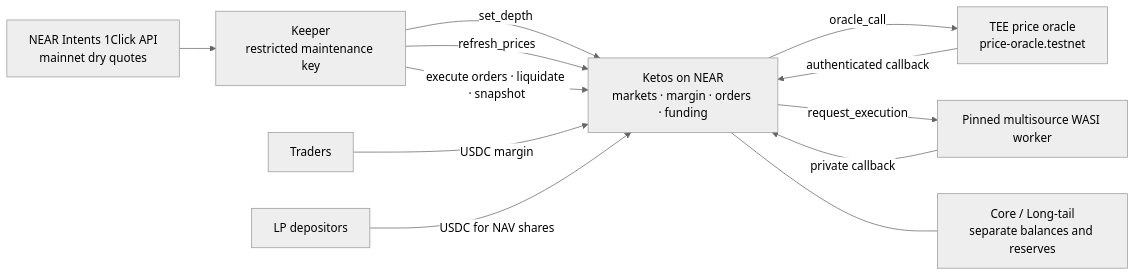
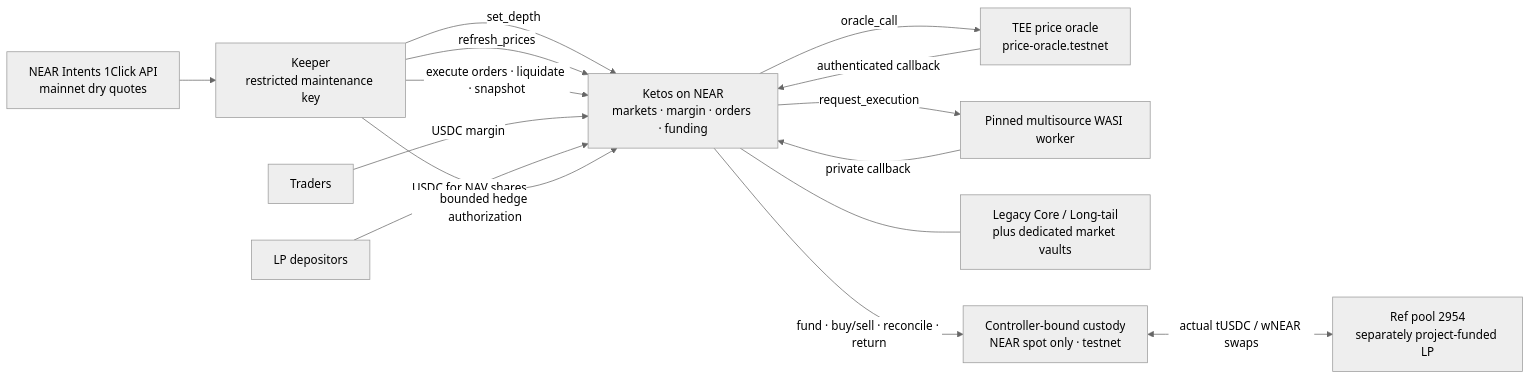
One commit to CHAAIISE/ketos changed the diagram in README.md. Above: the diagram before and after it, drawn with Mermaid (neutral theme). The commit also changed other lines of this file and 22 other files, not shown here.

````diff
--- a/README.md
+++ b/README.md
@@ -83,14 +89,17 @@
 ```mermaid
 flowchart LR
   Q["NEAR Intents 1Click API<br/>mainnet dry quotes"] --> K["Keeper<br/>restricted maintenance key"]
   K -->|set_depth| C["Ketos on NEAR<br/>markets · margin · orders · funding"]
   K -->|refresh_prices| C
   C -->|oracle_call| O["TEE price oracle<br/>price-oracle.testnet"]
   C -->|request_execution| W["Pinned multisource WASI worker"]
   O -->|authenticated callback| C
   W -->|private callback| C
   K -->|execute orders · liquidate · snapshot| C
   T["Traders"] -->|USDC margin| C
   L["LP depositors"] -->|USDC for NAV shares| C
-  C --- V["Core / Long-tail<br/>separate balances and reserves"]
+  C --- V["Legacy Core / Long-tail<br/>plus dedicated market vaults"]
+  K -->|bounded hedge authorization| C
+  C -->|fund · buy/sell · reconcile · return| H["Controller-bound custody<br/>NEAR spot only · testnet"]
+  H <-->|actual tUSDC / wNEAR swaps| R["Ref pool 2954<br/>separately project-funded LP"]
 ```
````
